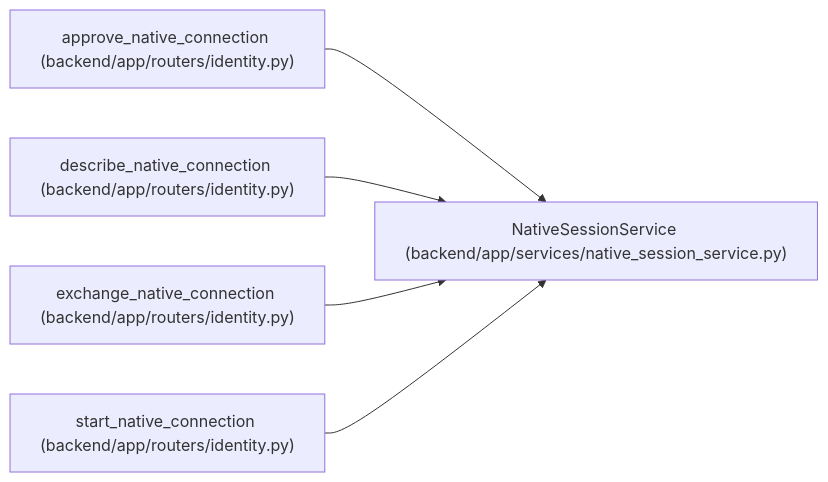
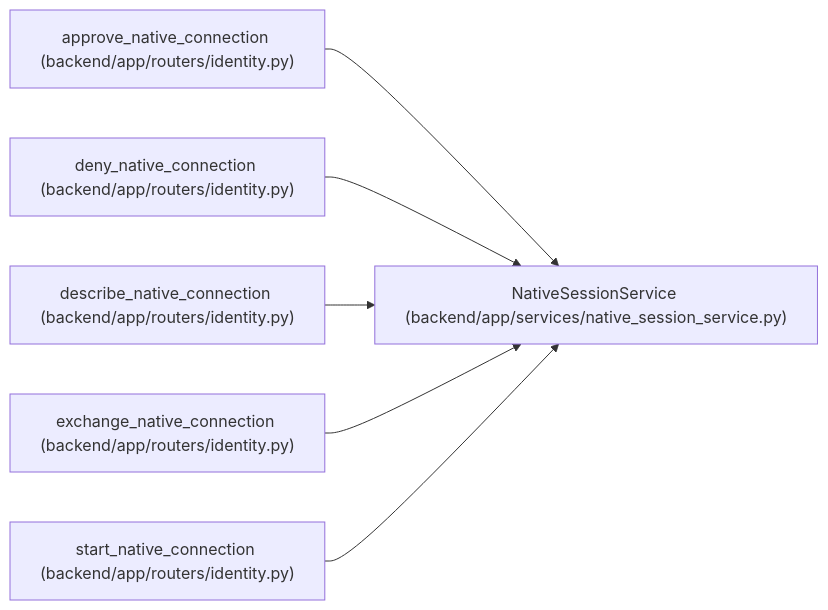
Before and after one commit to Denissvgn/WorkChord: the diagram in docs/llm_wiki/entities/NativeSessionService.md, drawn with Mermaid. The commit also changed other lines of this file and 500 other files, not shown here.

````diff
--- a/docs/llm_wiki/entities/NativeSessionService.md
+++ b/docs/llm_wiki/entities/NativeSessionService.md
@@ -31,17 +32,20 @@
 ```mermaid
 flowchart LR
     n0["NativeSessionService (backend/app/services/native_session_service.py)"]
     n1["approve_native_connection (backend/app/routers/identity.py)"]
-    n2["describe_native_connection (backend/app/routers/identity.py)"]
-    n3["exchange_native_connection (backend/app/routers/identity.py)"]
-    n4["start_native_connection (backend/app/routers/identity.py)"]
+    n2["deny_native_connection (backend/app/routers/identity.py)"]
+    n3["describe_native_connection (backend/app/routers/identity.py)"]
+    n4["exchange_native_connection (backend/app/routers/identity.py)"]
+    n5["start_native_connection (backend/app/routers/identity.py)"]
     n1 --> n0
     n2 --> n0
     n3 --> n0
     n4 --> n0
+    n5 --> n0
     click n0 "../modules/native_session_service.md"
     click n1 "../modules/routers_identity.md"
     click n2 "../modules/routers_identity.md"
     click n3 "../modules/routers_identity.md"
     click n4 "../modules/routers_identity.md"
+    click n5 "../modules/routers_identity.md"
 ```
````
